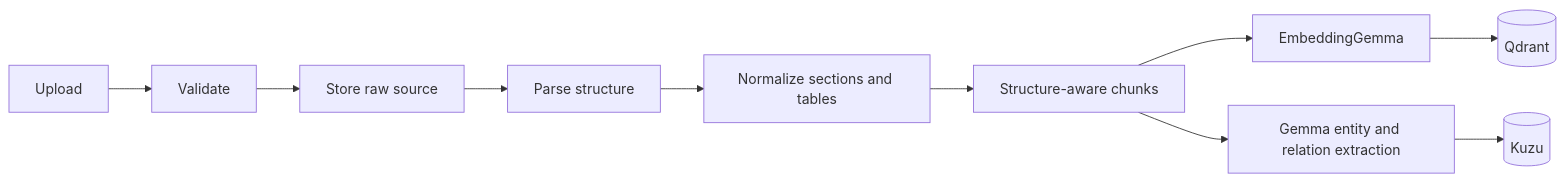
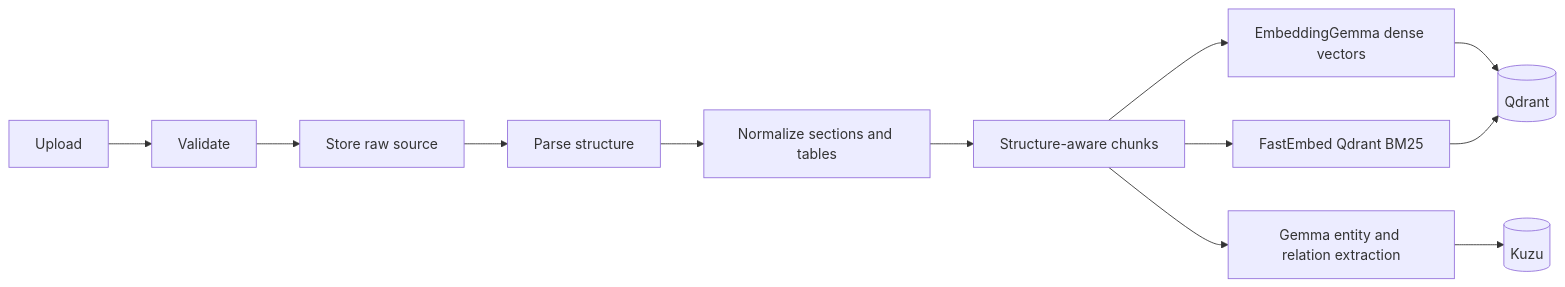
Before and after one commit to Kuvox-stud-cmc/Cacanode: the second of 3 diagrams in README.md, drawn with Mermaid. The commit also changed other lines of this file and 40 other files, not shown here.

````diff
--- a/README.md
+++ b/README.md
@@ -479,12 +479,14 @@
 ```mermaid
 flowchart LR
     Upload[Upload] --> Validate[Validate]
     Validate --> Store[Store raw source]
     Store --> Parse[Parse structure]
     Parse --> Normalize[Normalize sections and tables]
     Normalize --> Chunk[Structure-aware chunks]
-    Chunk --> Embed[EmbeddingGemma]
+    Chunk --> Embed[EmbeddingGemma dense vectors]
+    Chunk --> Sparse[FastEmbed Qdrant BM25]
     Chunk --> Extract[Gemma entity and relation extraction]
     Embed --> Vector[(Qdrant)]
+    Sparse --> Vector
     Extract --> Graph[(Kuzu)]
 ```
````
